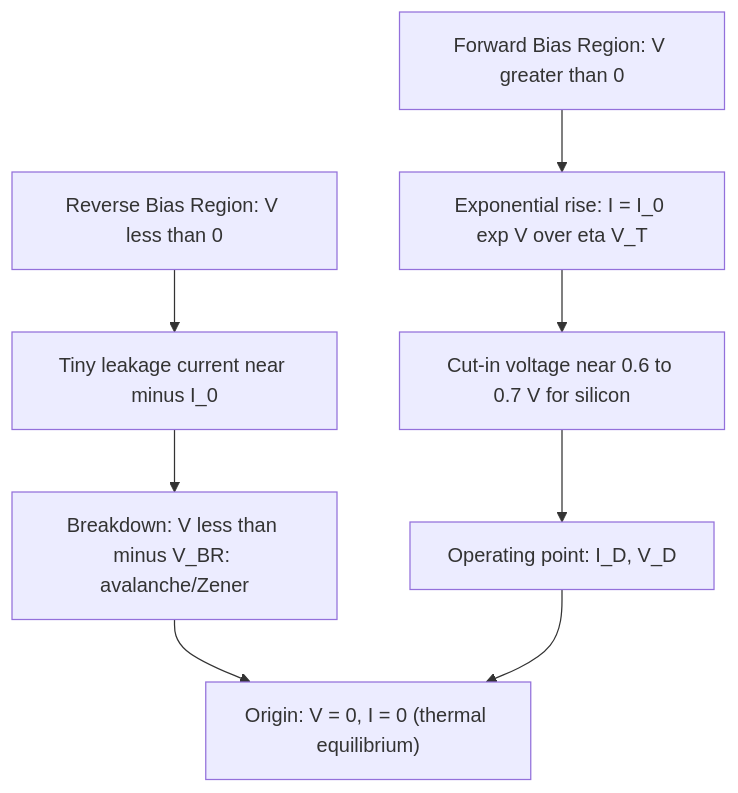
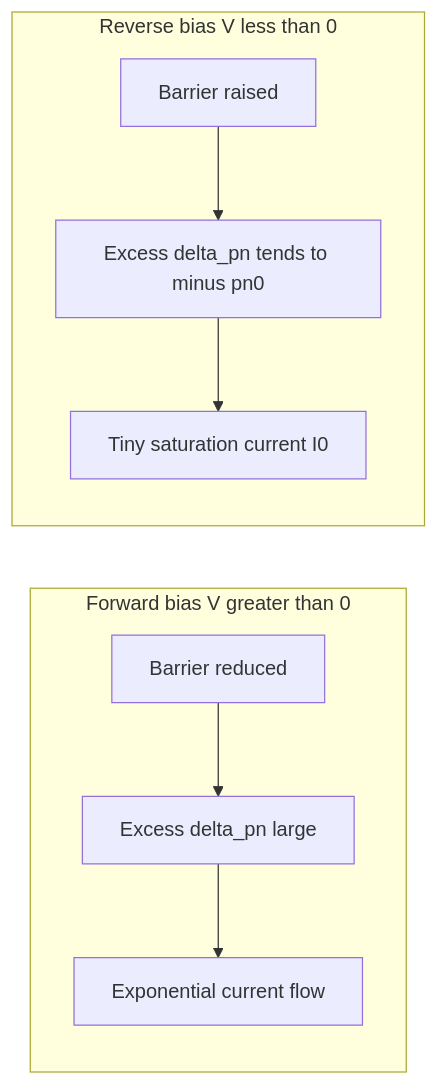
One commit to vishnuu-kr/ktunode changed the fourth of 5 diagrams in public/notes/computer-science-and-engineering/semester-1/gapht121-physics-for-information-science/03-module-3-semiconductor-physics/diode-equation-derivation/notes.md. Above: the diagram before and after it, drawn with Mermaid. The commit also changed other lines of this file and 4829 other files, not shown here.

````diff
--- a/public/notes/computer-science-and-engineering/semester-1/gapht121-physics-for-information-science/03-module-3-semiconductor-physics/diode-equation-derivation/notes.md
+++ b/public/notes/computer-science-and-engineering/semester-1/gapht121-physics-for-information-science/03-module-3-semiconductor-physics/diode-equation-derivation/notes.md
@@ -530,10 +327,11 @@
 ```mermaid
-flowchart TD
-    R["Reverse Bias Region: V less than 0"] --> R1["Tiny leakage current near minus I_0"]
-    R1 --> R2["Breakdown: V less than minus V_BR: avalanche/Zener"]
-    F["Forward Bias Region: V greater than 0"] --> F1["Exponential rise: I = I_0 exp V over eta V_T"]
-    F1 --> F2["Cut-in voltage near 0.6 to 0.7 V for silicon"]
-    F2 --> F3["Operating point: I_D, V_D"]
-    R2 --> ORIGIN["Origin: V = 0, I = 0 (thermal equilibrium)"]
-    F3 --> ORIGIN
+graph LR
+    subgraph FB["Forward bias V greater than 0"]
+        F1["Barrier reduced"] --> F2["Excess delta_pn large"]
+        F2 --> F3["Exponential current flow"]
+    end
+    subgraph RB["Reverse bias V less than 0"]
+        R1["Barrier raised"] --> R2["Excess delta_pn tends to minus pn0"]
+        R2 --> R3["Tiny saturation current I0"]
+    end
 ```
````
